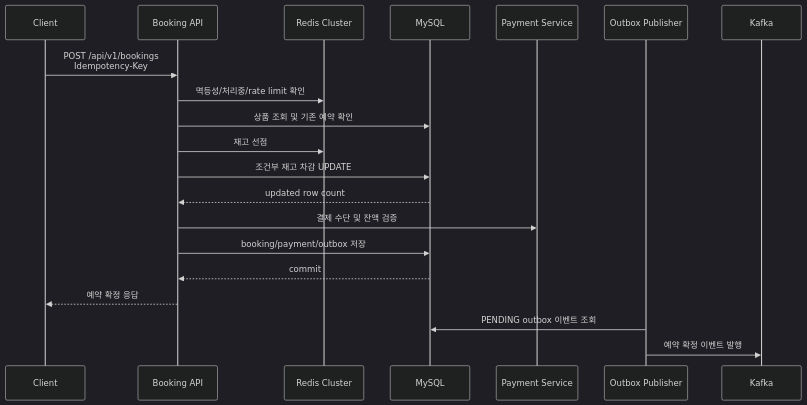
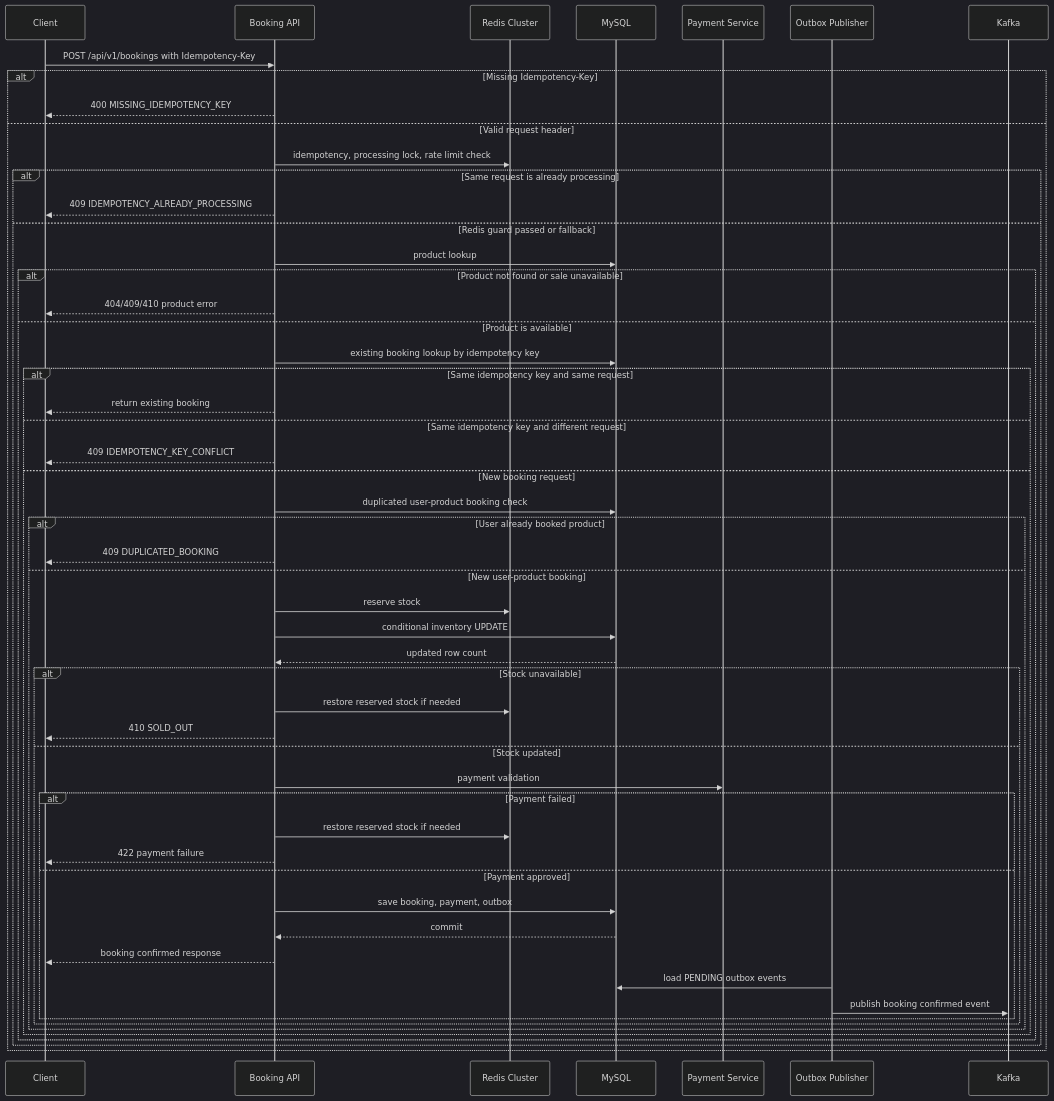
The second of 3 diagrams in README.md (mosy2266/limited_reservation_system), drawn with Mermaid (dark theme) before and after one commit. The commit also changed other lines of this file, not shown here.

Commit message:
docs: README.md Booking API 시퀀스 다이어그램 업데이트 (#5)

````diff
--- a/README.md
+++ b/README.md
@@ -47,23 +49,64 @@
 ```mermaid
 sequenceDiagram
     participant C as Client
     participant B as Booking API
     participant R as Redis Cluster
     participant DB as MySQL
     participant P as Payment Service
     participant O as Outbox Publisher
     participant K as Kafka
 
-    C->>B: POST /api/v1/bookings<br/>Idempotency-Key
-    B->>R: 멱등성/처리중/rate limit 확인
-    B->>DB: 상품 조회 및 기존 예약 확인
-    B->>R: 재고 선점
-    B->>DB: 조건부 재고 차감 UPDATE
-    DB-->>B: updated row count
-    B->>P: 결제 수단 및 잔액 검증
-    B->>DB: booking/payment/outbox 저장
-    DB-->>B: commit
-    B-->>C: 예약 확정 응답
-    O->>DB: PENDING outbox 이벤트 조회
-    O->>K: 예약 확정 이벤트 발행
+    C->>B: POST /api/v1/bookings with Idempotency-Key
+
+    alt Missing Idempotency-Key
+        B-->>C: 400 MISSING_IDEMPOTENCY_KEY
+    else Valid request header
+        B->>R: idempotency, processing lock, rate limit check
+
+        alt Same request is already processing
+            B-->>C: 409 IDEMPOTENCY_ALREADY_PROCESSING
+        else Redis guard passed or fallback
+            B->>DB: product lookup
+
+            alt Product not found or sale unavailable
+                B-->>C: 404/409/410 product error
+            else Product is available
+                B->>DB: existing booking lookup by idempotency key
+
+                alt Same idempotency key and same request
+                    B-->>C: return existing booking
+                else Same idempotency key and different request
+                    B-->>C: 409 IDEMPOTENCY_KEY_CONFLICT
+                else New booking request
+                    B->>DB: duplicated user-product booking check
+
+                    alt User already booked product
+                        B-->>C: 409 DUPLICATED_BOOKING
+                    else New user-product booking
+                        B->>R: reserve stock
+                        B->>DB: conditional inventory UPDATE
+                        DB-->>B: updated row count
+
+                        alt Stock unavailable
+                            B->>R: restore reserved stock if needed
+                            B-->>C: 410 SOLD_OUT
+                        else Stock updated
+                            B->>P: payment validation
+
+                            alt Payment failed
+                                B->>R: restore reserved stock if needed
+                                B-->>C: 422 payment failure
+                            else Payment approved
+                                B->>DB: save booking, payment, outbox
+                                DB-->>B: commit
+                                B-->>C: booking confirmed response
+                                O->>DB: load PENDING outbox events
+                                O->>K: publish booking confirmed event
+                            end
+                        end
+                    end
+                end
+            end
+        end
+    end
 ```
````
